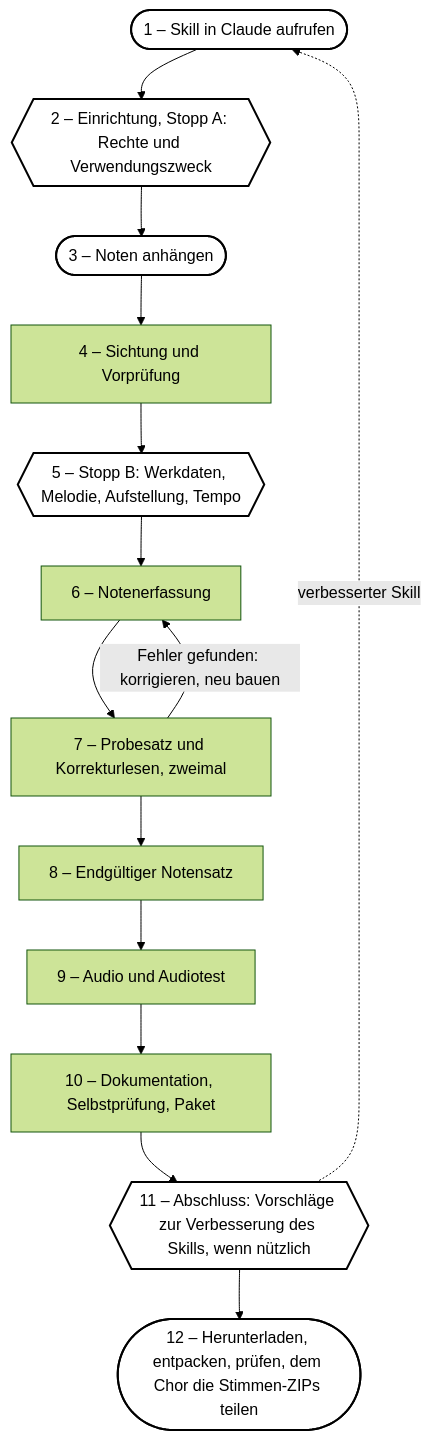
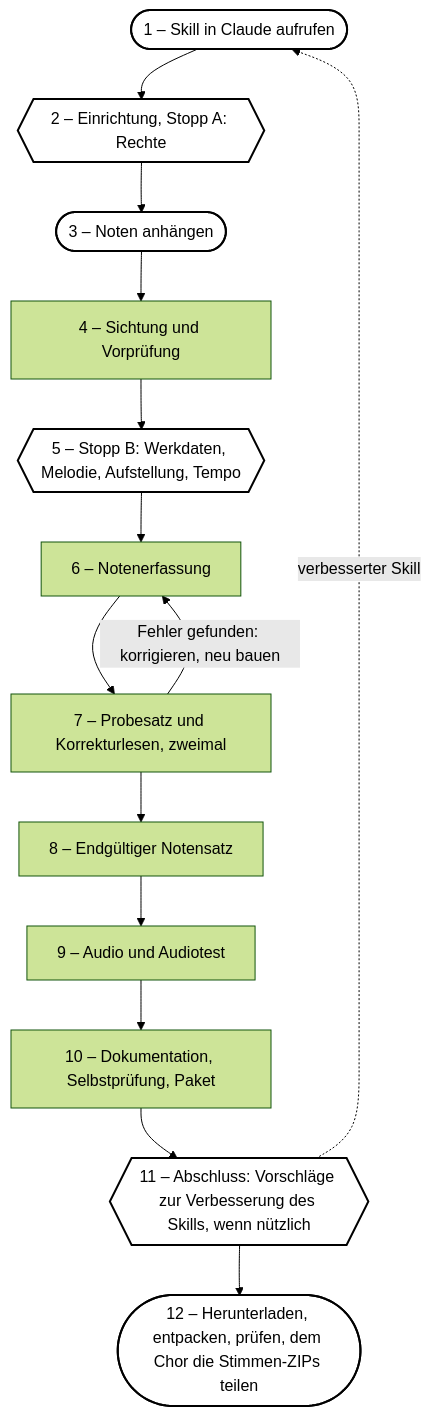
One commit to vbth/choir-practice changed the diagram in README.de.md. Above: the diagram before and after it, drawn with Mermaid (forest theme). The commit also changed other lines of this file and 22 other files, not shown here.

````diff
--- a/README.de.md
+++ b/README.de.md
@@ -77,22 +77,22 @@
 ```mermaid
 flowchart TD
-    U1(["1 – Skill in Claude aufrufen"]) --> A{{"2 – Einrichtung, Stopp A: Rechte und Verwendungszweck"}}
+    U1(["1 – Skill in Claude aufrufen"]) --> A{{"2 – Einrichtung, Stopp A: Rechte"}}
     A --> U3(["3 – Noten anhängen"])
     U3 --> P1["4 – Sichtung und Vorprüfung"]
     P1 --> B{{"5 – Stopp B: Werkdaten, Melodie, Aufstellung, Tempo"}}
     B --> P3["6 – Notenerfassung"]
     P3 --> P4["7 – Probesatz und Korrekturlesen, zweimal"]
     P4 -->|Fehler gefunden: korrigieren, neu bauen| P3
     P4 --> P5["8 – Endgültiger Notensatz"]
     P5 --> P6["9 – Audio und Audiotest"]
     P6 --> P7["10 – Dokumentation, Selbstprüfung, Paket"]
     P7 --> P8{{"11 – Abschluss: Vorschläge zur Verbesserung des Skills, wenn nützlich"}}
     P8 --> U2(["12 – Herunterladen, entpacken, prüfen, dem Chor die Stimmen-ZIPs teilen"])
     P8 -.->|verbesserter Skill| U1
     style U1 fill:#fff,stroke:#000,stroke-width:2px
     style U3 fill:#fff,stroke:#000,stroke-width:2px
     style U2 fill:#fff,stroke:#000,stroke-width:2px
     style A fill:#fff,stroke:#000,stroke-width:2px
     style B fill:#fff,stroke:#000,stroke-width:2px
     style P8 fill:#fff,stroke:#000,stroke-width:2px
 ```
````
